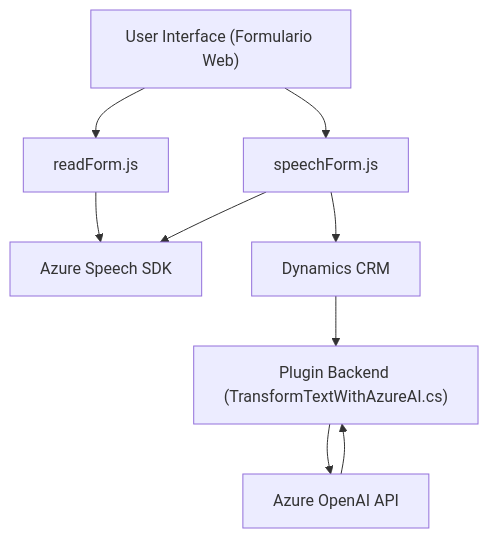
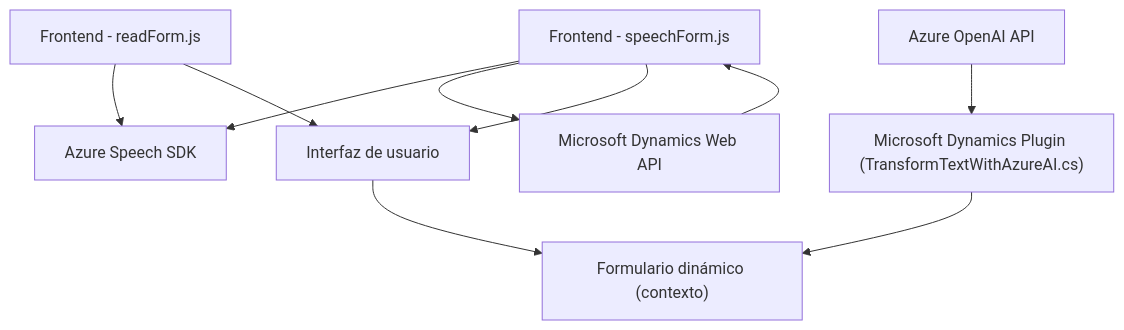
Before and after one commit to blopezdm/NETCORE_BILBAO2025: the diagram in README.md, drawn with Mermaid. The commit also changed other lines of this file, not shown here.

````diff
--- a/README.md
+++ b/README.md
@@ -47,11 +49,13 @@
 ```mermaid
 graph TD
-    A["User Interface (Formulario Web)"] --> B["readForm.js"]
-    A --> C["speechForm.js"]
-    B --> D["Azure Speech SDK"]
+    A["Frontend - readForm.js"] --> B["Azure Speech SDK"]
+    C["Frontend - speechForm.js"] --> B
+    D["Microsoft Dynamics Web API"] --> C
+    E["Azure OpenAI API"] --> F["Microsoft Dynamics Plugin (TransformTextWithAzureAI.cs)"]
     C --> D
-    C --> E["Dynamics CRM"]
-    E --> F["Plugin Backend (TransformTextWithAzureAI.cs)"]
-    F --> G["Azure OpenAI API"]
-    G --> F
+    
+    A --> G["Interfaz de usuario"]
+    C --> G
+    G --> H["Formulario dinámico (contexto)"]
+    F --> H
 ```
````
